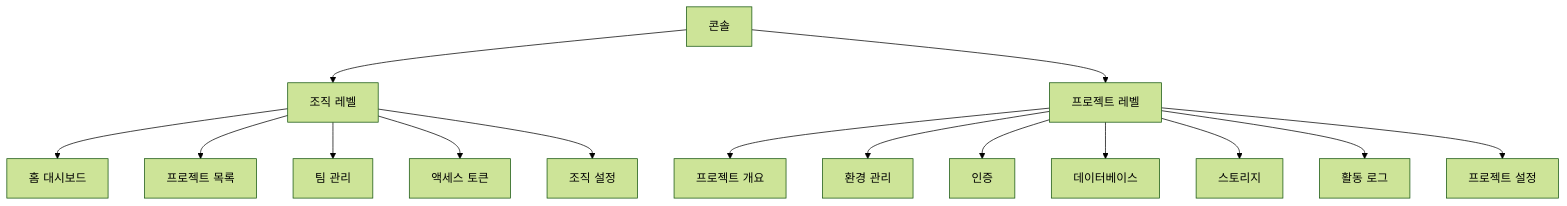
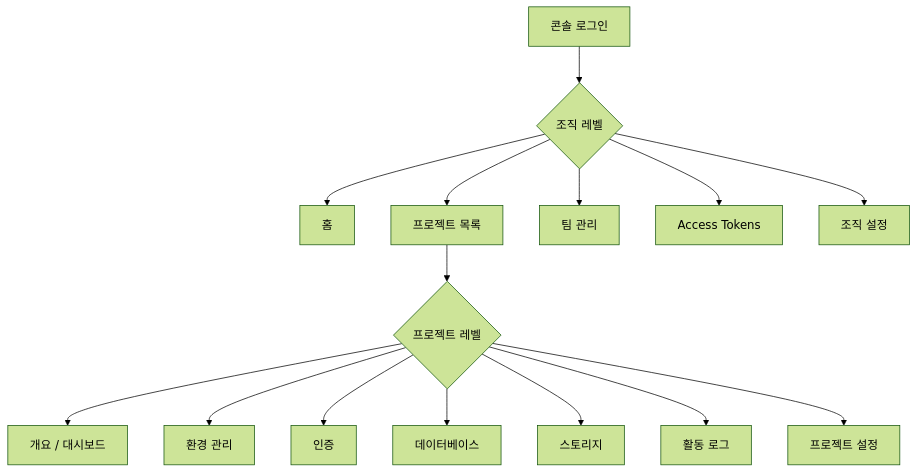
Before and after one commit to popup-studio-ai/bkend-docs: the diagram in ko/console/01-overview.md, drawn with Mermaid (forest theme). The commit also changed other lines of this file and 105 other files, not shown here.

````diff
--- a/ko/console/01-overview.md
+++ b/ko/console/01-overview.md
@@ -17,17 +17,17 @@
 ```mermaid
 flowchart TD
-    A[콘솔] --> B[조직 레벨]
-    A --> C[프로젝트 레벨]
-    B --> B1[홈 대시보드]
-    B --> B2[프로젝트 목록]
-    B --> B3[팀 관리]
-    B --> B4[액세스 토큰]
-    B --> B5[조직 설정]
-    C --> C1[프로젝트 개요]
-    C --> C2[환경 관리]
-    C --> C3[인증]
-    C --> C4[데이터베이스]
-    C --> C5[스토리지]
-    C --> C6[활동 로그]
-    C --> C7[프로젝트 설정]
+    A[콘솔 로그인] --> B{조직 레벨}
+    B --> C[홈]
+    B --> D[프로젝트 목록]
+    B --> E[팀 관리]
+    B --> F[Access Tokens]
+    B --> G[조직 설정]
+    D --> H{프로젝트 레벨}
+    H --> I[개요 / 대시보드]
+    H --> J[환경 관리]
+    H --> K[인증]
+    H --> L[데이터베이스]
+    H --> M[스토리지]
+    H --> N[활동 로그]
+    H --> O[프로젝트 설정]
 ```
````
